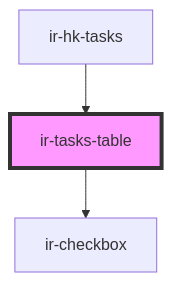
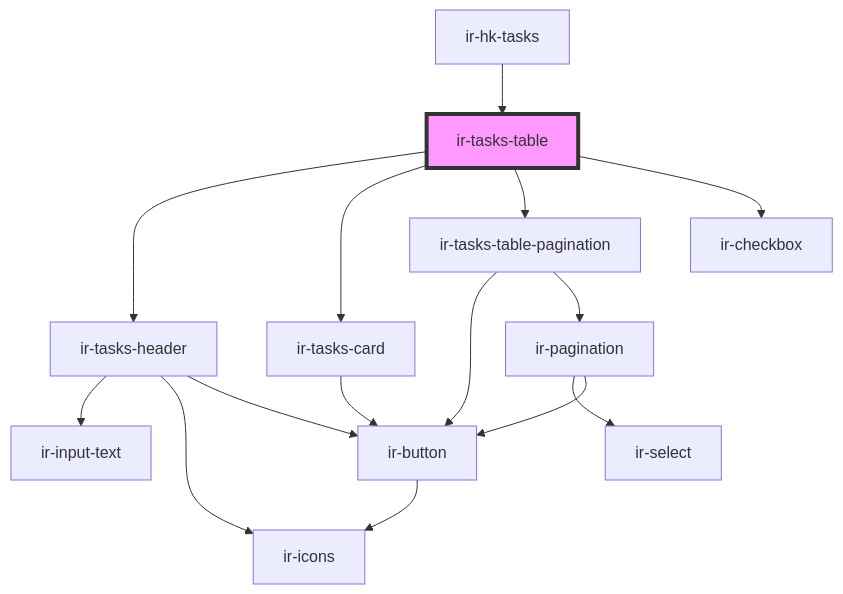
The diagram in src/components/ir-housekeeping/ir-hk-tasks/ir-tasks-table/readme.md (RonyRizk/ir-webcmp), drawn with Mermaid before and after one commit. The commit also changed other lines of this file and 62 other files, not shown here.

````diff
--- a/src/components/ir-housekeeping/ir-hk-tasks/ir-tasks-table/readme.md
+++ b/src/components/ir-housekeeping/ir-hk-tasks/ir-tasks-table/readme.md
@@ -35,6 +38,18 @@
 ```mermaid
 graph TD;
+  ir-tasks-table --> ir-tasks-header
+  ir-tasks-table --> ir-tasks-card
+  ir-tasks-table --> ir-tasks-table-pagination
   ir-tasks-table --> ir-checkbox
+  ir-tasks-header --> ir-input-text
+  ir-tasks-header --> ir-icons
+  ir-tasks-header --> ir-button
+  ir-button --> ir-icons
+  ir-tasks-card --> ir-button
+  ir-tasks-table-pagination --> ir-button
+  ir-tasks-table-pagination --> ir-pagination
+  ir-pagination --> ir-select
+  ir-pagination --> ir-button
   ir-hk-tasks --> ir-tasks-table
   style ir-tasks-table fill:#f9f,stroke:#333,stroke-width:4px
 ```
````
